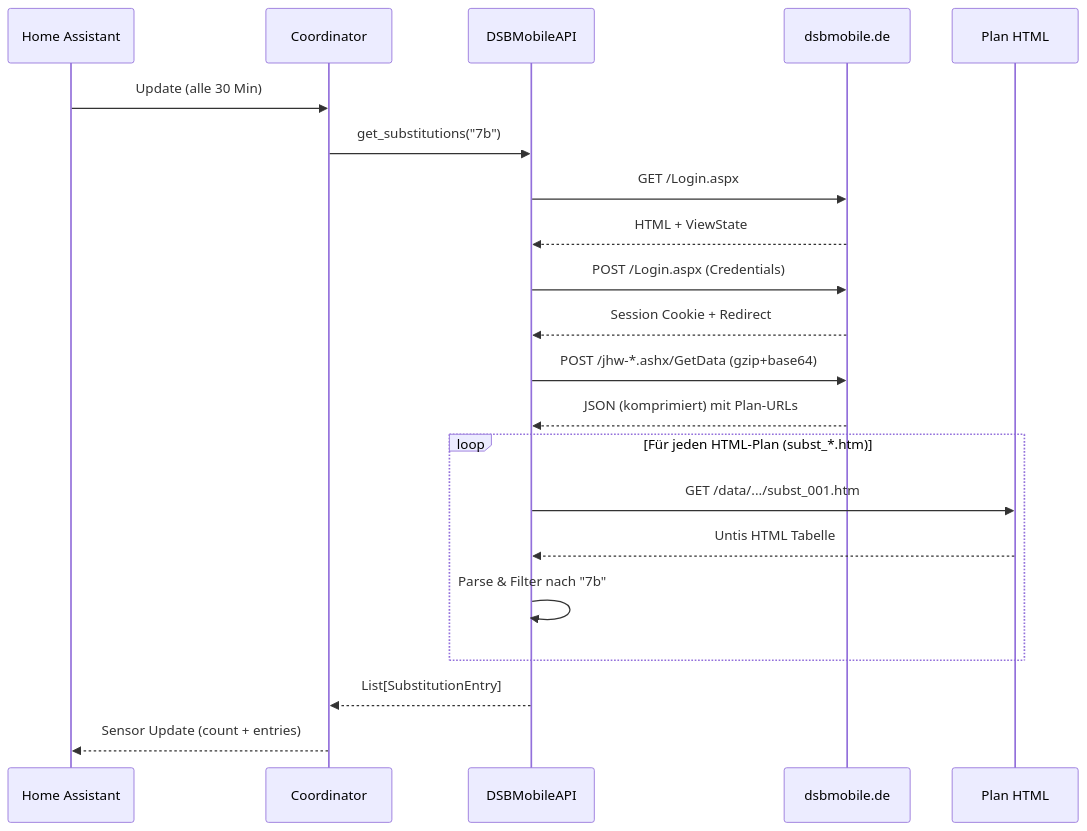
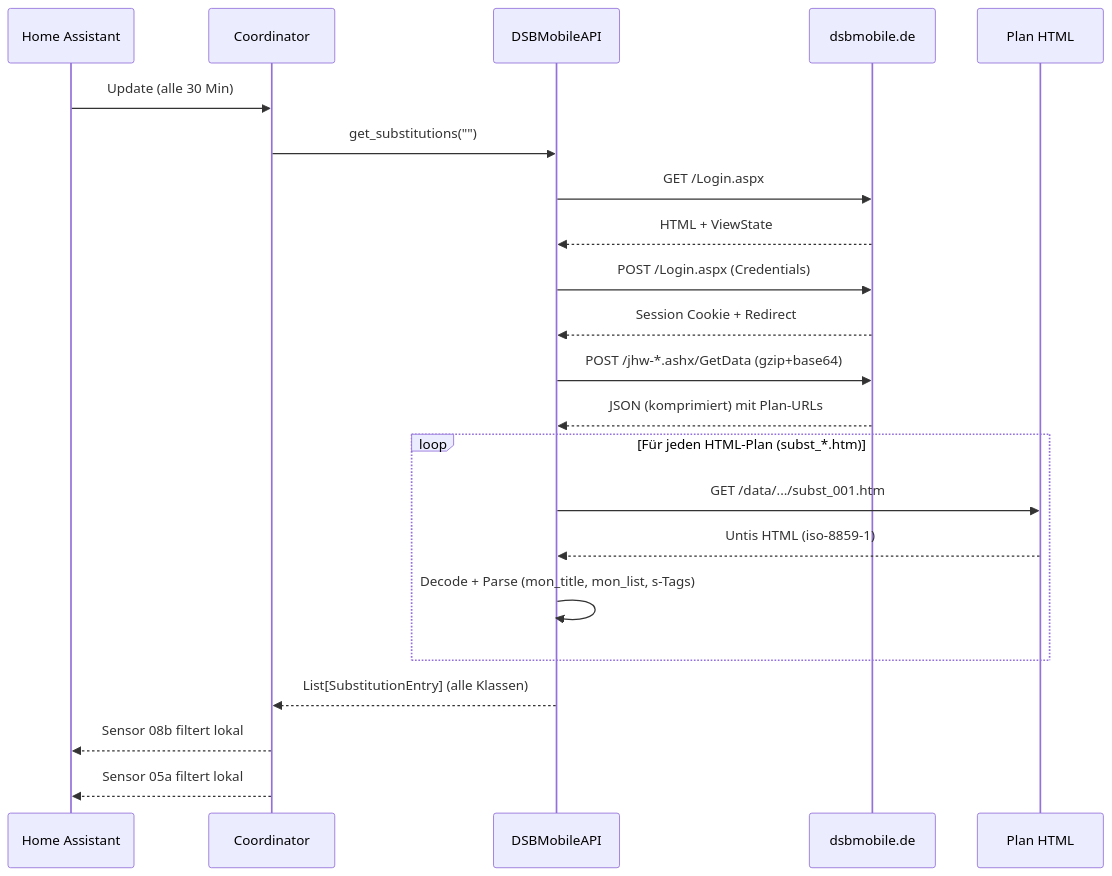
One commit to Tenner/dsbmobile changed the second of 3 diagrams in README.md. Above: the diagram before and after it, drawn with Mermaid. The commit also changed other lines of this file and 2 other files, not shown here.

Commit message:
docs: update README for v2.3, add 27 regression tests for Untis parser

````diff
--- a/README.md
+++ b/README.md
@@ -244,24 +250,25 @@
 ```mermaid
 sequenceDiagram
     participant HA as Home Assistant
     participant CO as Coordinator
     participant API as DSBMobileAPI
     participant WEB as dsbmobile.de
     participant HTML as Plan HTML
 
     HA->>CO: Update (alle 30 Min)
-    CO->>API: get_substitutions("7b")
+    CO->>API: get_substitutions("")
     API->>WEB: GET /Login.aspx
     WEB-->>API: HTML + ViewState
     API->>WEB: POST /Login.aspx (Credentials)
     WEB-->>API: Session Cookie + Redirect
     API->>WEB: POST /jhw-*.ashx/GetData (gzip+base64)
     WEB-->>API: JSON (komprimiert) mit Plan-URLs
     loop Für jeden HTML-Plan (subst_*.htm)
         API->>HTML: GET /data/.../subst_001.htm
-        HTML-->>API: Untis HTML Tabelle
-        API->>API: Parse & Filter nach "7b"
+        HTML-->>API: Untis HTML (iso-8859-1)
+        API->>API: Decode + Parse (mon_title, mon_list, s-Tags)
     end
-    API-->>CO: List[SubstitutionEntry]
-    CO-->>HA: Sensor Update (count + entries)
+    API-->>CO: List[SubstitutionEntry] (alle Klassen)
+    CO-->>HA: Sensor 08b filtert lokal
+    CO-->>HA: Sensor 05a filtert lokal
 ```
````
